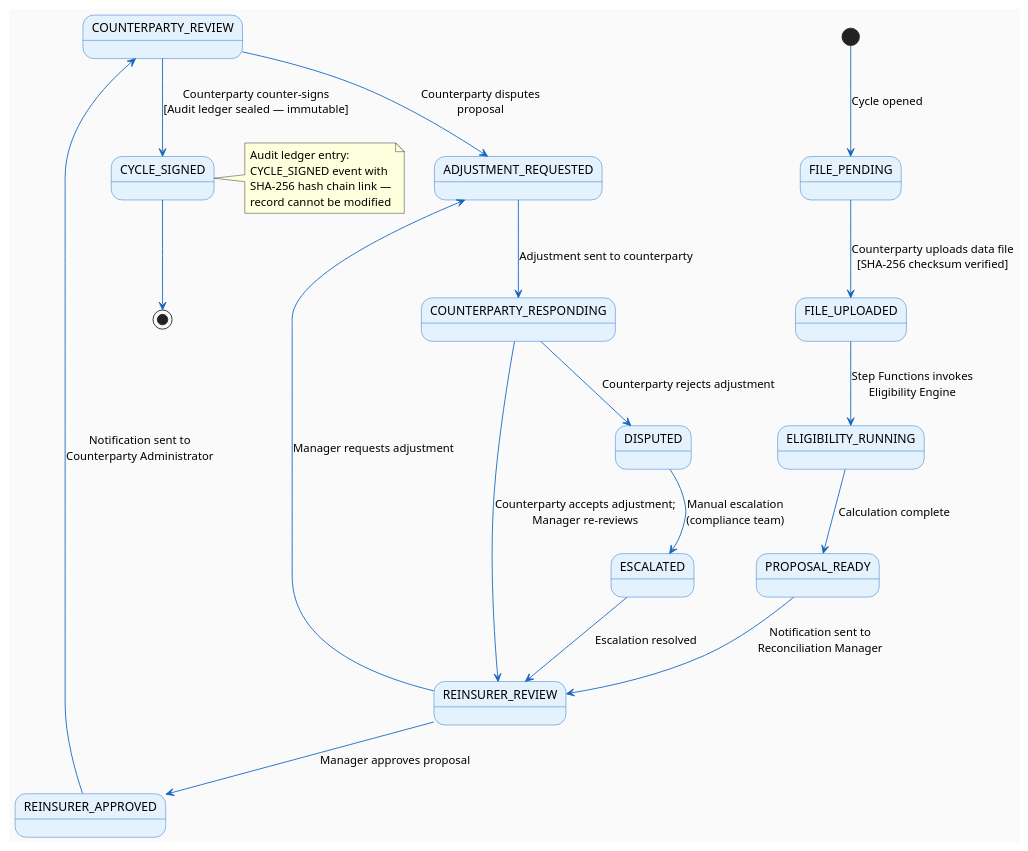
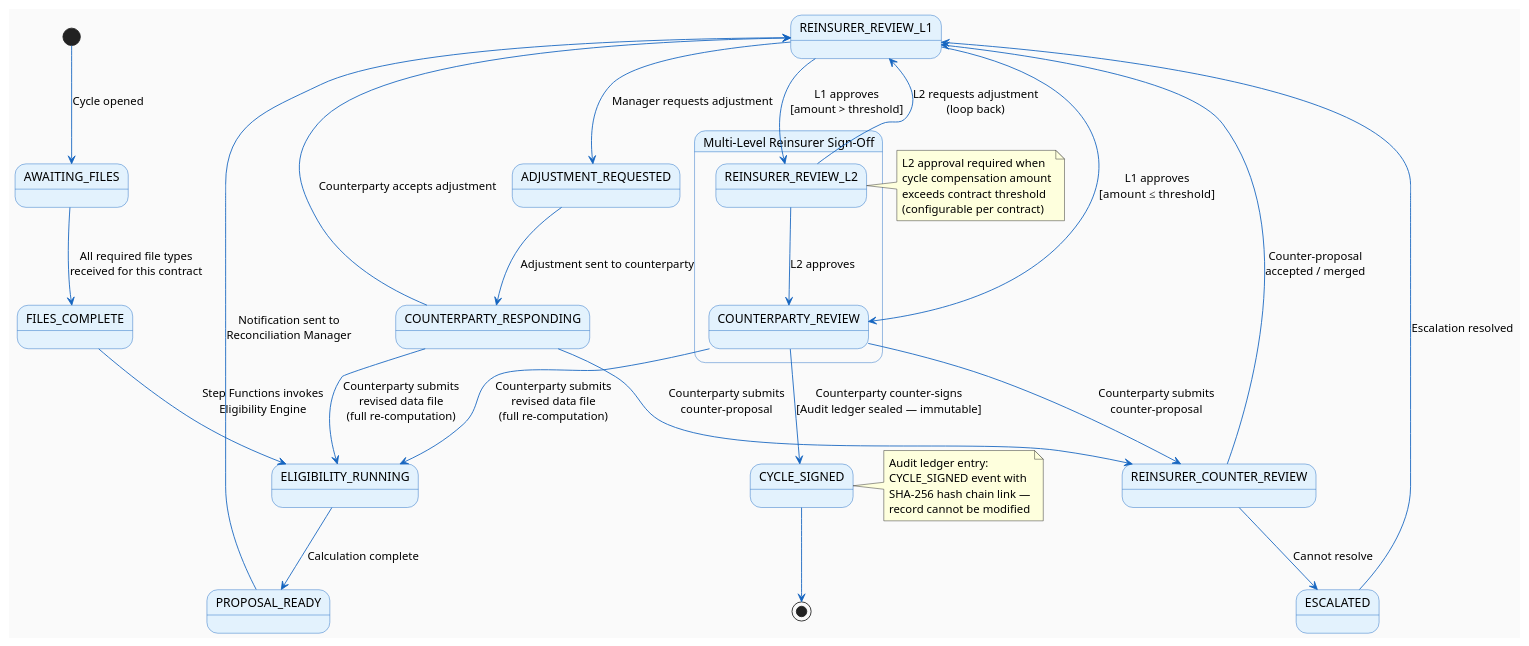
One commit to mosurekImagination/solution-architecture-case-studies changed the fifth of 8 diagrams in 03/docs/solution-design.adoc. Above: the diagram before and after it, drawn with PlantUML. The commit also changed other lines of this file and 7 other files, not shown here.

```diff
--- a/03/docs/solution-design.adoc
+++ b/03/docs/solution-design.adoc
@@ -670,43 +709,60 @@
 [plantuml,case03-state-machine,format=svg]
 ....
 @startuml
 skinparam backgroundColor #fafafa
 skinparam defaultFontName Arial
 skinparam state {
   BackgroundColor #E3F2FD
   BorderColor #1565C0
   ArrowColor #1565C0
   StartColor #1565C0
   EndColor #B71C1C
 }
 
-[*] --> FILE_PENDING : Cycle opened
+[*] --> AWAITING_FILES : Cycle opened
 
-FILE_PENDING --> FILE_UPLOADED : Counterparty uploads data file\n[SHA-256 checksum verified]
-FILE_UPLOADED --> ELIGIBILITY_RUNNING : Step Functions invokes\nEligibility Engine
+AWAITING_FILES --> FILES_COMPLETE : All required file types\nreceived for this contract
+FILES_COMPLETE --> ELIGIBILITY_RUNNING : Step Functions invokes\nEligibility Engine
 ELIGIBILITY_RUNNING --> PROPOSAL_READY : Calculation complete
-PROPOSAL_READY --> REINSURER_REVIEW : Notification sent to\nReconciliation Manager
+PROPOSAL_READY --> REINSURER_REVIEW_L1 : Notification sent to\nReconciliation Manager
 
-REINSURER_REVIEW --> REINSURER_APPROVED : Manager approves proposal
-REINSURER_REVIEW --> ADJUSTMENT_REQUESTED : Manager requests adjustment
+state "Multi-Level Reinsurer Sign-Off" as reinsurerBlock {
+  REINSURER_REVIEW_L1 --> REINSURER_REVIEW_L2 : L1 approves\n[amount > threshold]
+  REINSURER_REVIEW_L1 --> COUNTERPARTY_REVIEW : L1 approves\n[amount ≤ threshold]
+  REINSURER_REVIEW_L2 --> COUNTERPARTY_REVIEW : L2 approves
+  REINSURER_REVIEW_L2 --> REINSURER_REVIEW_L1 : L2 requests adjustment\n(loop back)
+}
+
+REINSURER_REVIEW_L1 --> ADJUSTMENT_REQUESTED : Manager requests adjustment
 
 ADJUSTMENT_REQUESTED --> COUNTERPARTY_RESPONDING : Adjustment sent to counterparty
-COUNTERPARTY_RESPONDING --> REINSURER_REVIEW : Counterparty accepts adjustment;\nManager re-reviews
-COUNTERPARTY_RESPONDING --> DISPUTED : Counterparty rejects adjustment
 
-DISPUTED --> ESCALATED : Manual escalation\n(compliance team)
-ESCALATED --> REINSURER_REVIEW : Escalation resolved
+COUNTERPARTY_RESPONDING --> REINSURER_REVIEW_L1 : Counterparty accepts adjustment
+COUNTERPARTY_RESPONDING --> ELIGIBILITY_RUNNING : Counterparty submits\nrevised data file\n(full re-computation)
+COUNTERPARTY_RESPONDING --> REINSURER_COUNTER_REVIEW : Counterparty submits\ncounter-proposal
 
-REINSURER_APPROVED --> COUNTERPARTY_REVIEW : Notification sent to\nCounterparty Administrator
+REINSURER_COUNTER_REVIEW --> REINSURER_REVIEW_L1 : Counter-proposal\naccepted / merged
+REINSURER_COUNTER_REVIEW --> ESCALATED : Cannot resolve
+
 COUNTERPARTY_REVIEW --> CYCLE_SIGNED : Counterparty counter-signs\n[Audit ledger sealed — immutable]
-COUNTERPARTY_REVIEW --> ADJUSTMENT_REQUESTED : Counterparty disputes\nproposal
+COUNTERPARTY_REVIEW --> REINSURER_COUNTER_REVIEW : Counterparty submits\ncounter-proposal
+COUNTERPARTY_REVIEW --> ELIGIBILITY_RUNNING : Counterparty submits\nrevised data file\n(full re-computation)
+
+ESCALATED --> REINSURER_REVIEW_L1 : Escalation resolved
 
 CYCLE_SIGNED --> [*]
 
 note right of CYCLE_SIGNED
   Audit ledger entry:
   CYCLE_SIGNED event with
   SHA-256 hash chain link —
   record cannot be modified
 end note
+
+note right of REINSURER_REVIEW_L2
+  L2 approval required when
+  cycle compensation amount
+  exceeds contract threshold
+  (configurable per contract)
+end note
 ....
```
